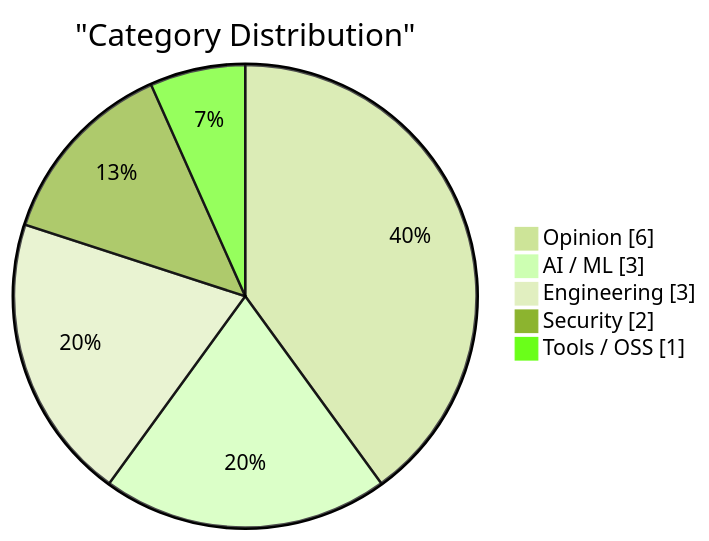
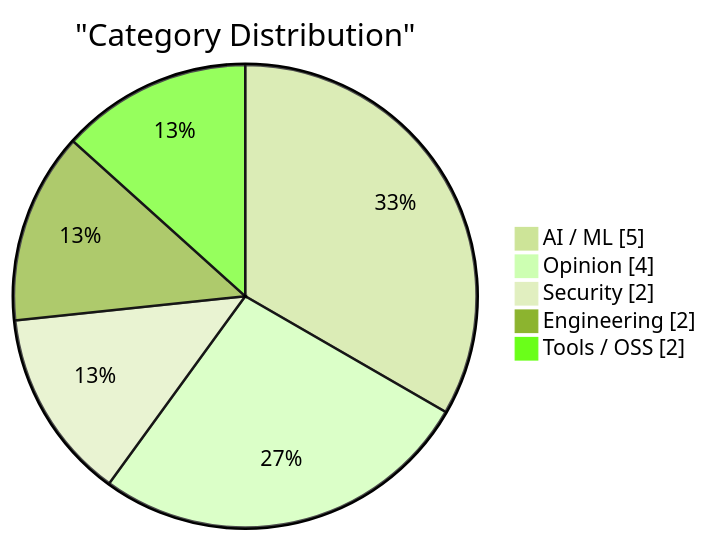
The first of 2 diagrams in digests/2026-02-27.md (0xEmberZz/daily-digest), drawn with Mermaid (forest theme) before and after one commit. The commit also changed other lines of this file and 1 other file, not shown here.

````diff
--- a/digests/2026-02-27.md
+++ b/digests/2026-02-27.md
@@ -70,9 +70,9 @@
 ```mermaid
 pie showData
     title "Category Distribution"
-    "Opinion" : 6
-    "AI / ML" : 3
-    "Engineering" : 3
+    "AI / ML" : 5
+    "Opinion" : 4
     "Security" : 2
-    "Tools / OSS" : 1
+    "Engineering" : 2
+    "Tools / OSS" : 2
 ```
````
